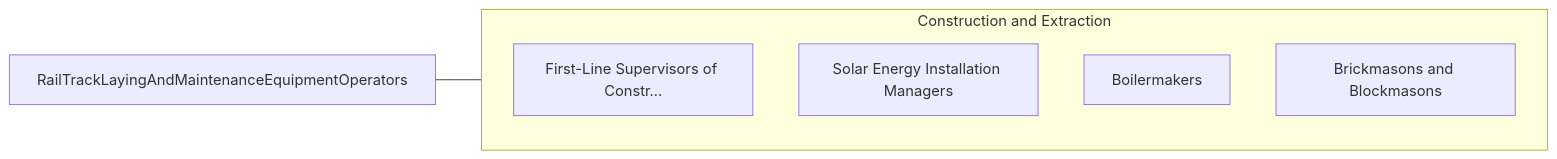
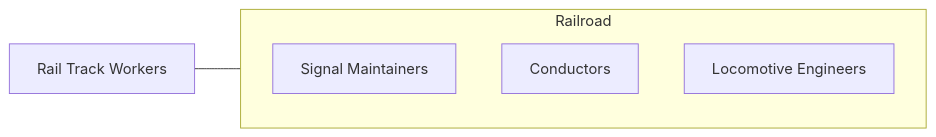
One commit to kziemski/business.org.ai changed the fourth of 4 diagrams in occupations/Construction/RailTrackLayingAndMaintenanceEquipmentOperators.mdx. Above: the diagram before and after it, drawn with Mermaid. The commit also changed other lines of this file and 938 other files, not shown here.

````diff
--- a/occupations/Construction/RailTrackLayingAndMaintenanceEquipmentOperators.mdx
+++ b/occupations/Construction/RailTrackLayingAndMaintenanceEquipmentOperators.mdx
@@ -115,13 +157,10 @@
 ```mermaid
 graph LR
-    Current["RailTrackLayingAndMaintenanceEquipmentOperators"]
-
-    subgraph SameCategory["Construction and Extraction"]
-        FirstLineSupervisors["First-Line Supervisors of Constr..."]
-        SolarEnergyInstallat["Solar Energy Installation Managers"]
-        Boilermakers["Boilermakers"]
-        BrickmasonsAndBlockm["Brickmasons and Blockmasons"]
+    Current["Rail Track Workers"]
+    subgraph Same["Railroad"]
+        Signal["Signal Maintainers"]
+        Conductor["Conductors"]
+        Engineer["Locomotive Engineers"]
     end
-
-    Current --- SameCategory
+    Current --- Same
 ```
````
